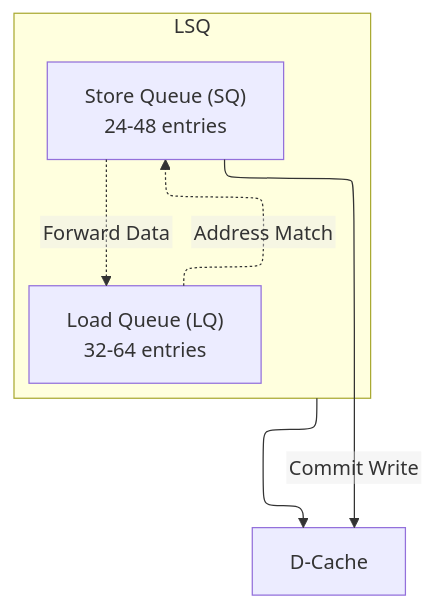
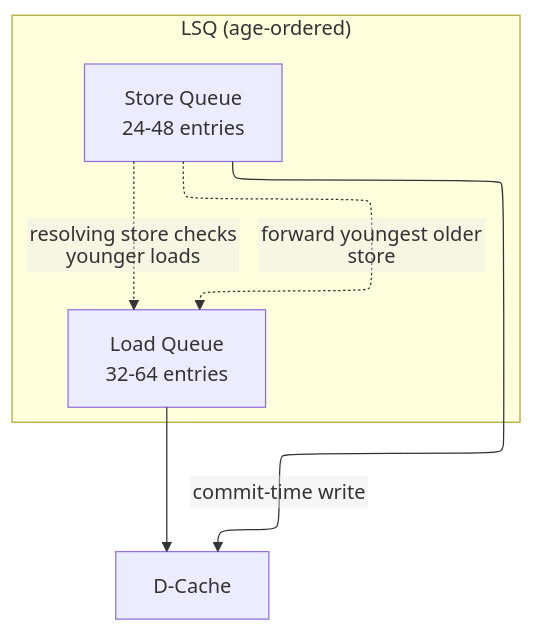
Before and after one commit to Wty2003328/silicon-design-notebook: the second of 2 diagrams in 01_Architecture_and_PPA/05_OoO_Execution.md, drawn with Mermaid. The commit also changed other lines of this file and 26 other files, not shown here.

Commit message:
Concept-first hard rework checkpoint: Architecture, Fundamentals, Power folders complete (~25 pages reworked)

````diff
--- a/01_Architecture_and_PPA/05_OoO_Execution.md
+++ b/01_Architecture_and_PPA/05_OoO_Execution.md
@@ -1140,13 +323,13 @@
 ```mermaid
 %%{init: {"flowchart": {"defaultRenderer": "elk", "nodeSpacing": 60, "rankSpacing": 60, "htmlLabels": false}}}%%
 flowchart TB
-    subgraph LSQ_Structure["LSQ"]
+    subgraph LSQ["LSQ (age-ordered)"]
         direction LR
-        LQ["Load Queue (LQ)<br/>32-64 entries"]
-        SQ["Store Queue (SQ)<br/>24-48 entries"]
+        LQ["Load Queue\n32-64 entries"]
+        SQ["Store Queue\n24-48 entries"]
     end
-    LSQ_Structure --> DCACHE["D-Cache"]
-    LQ -.->|Address Match| SQ
-    SQ -.->|Forward Data| LQ
-    SQ -->|Commit Write| DCACHE
+    SQ -.->|forward youngest older store| LQ
+    SQ -.->|resolving store checks younger loads| LQ
+    SQ -->|commit-time write| DCACHE["D-Cache"]
+    LQ --> DCACHE
 ```
````
